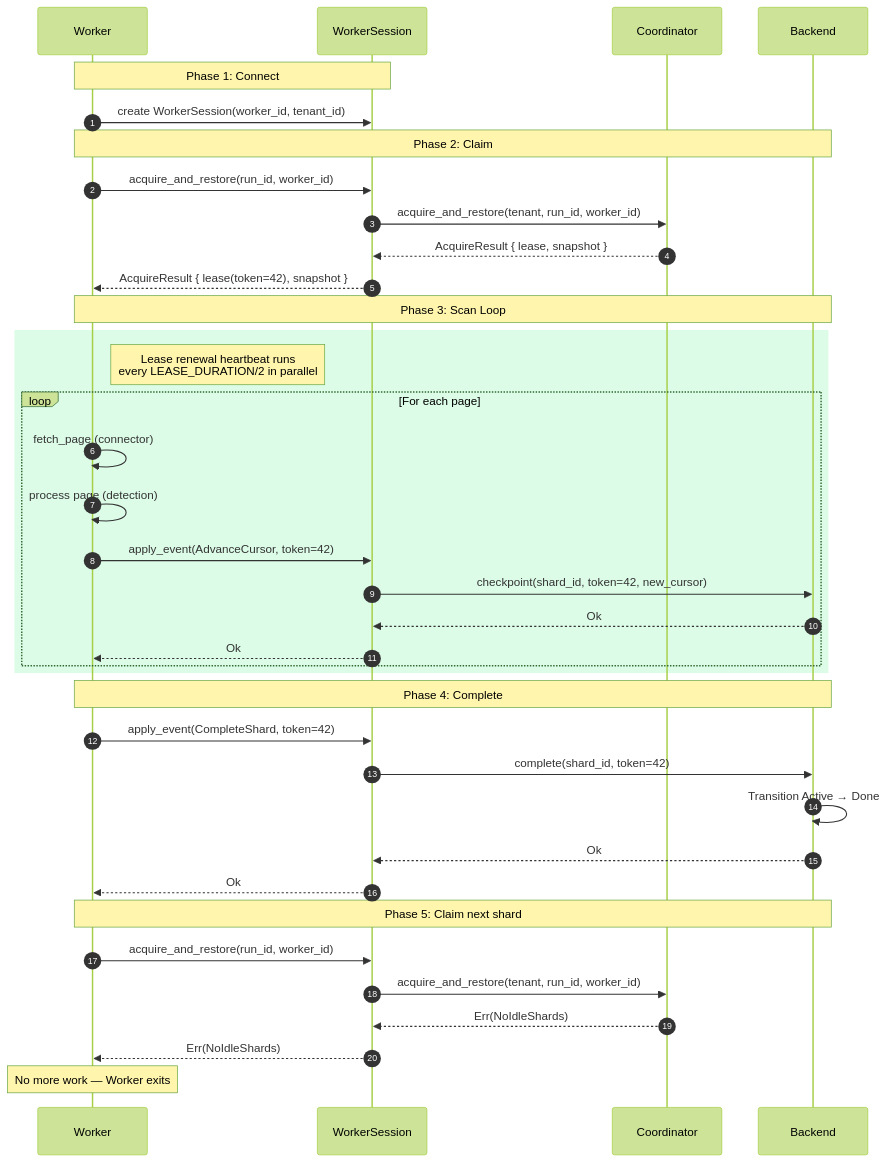
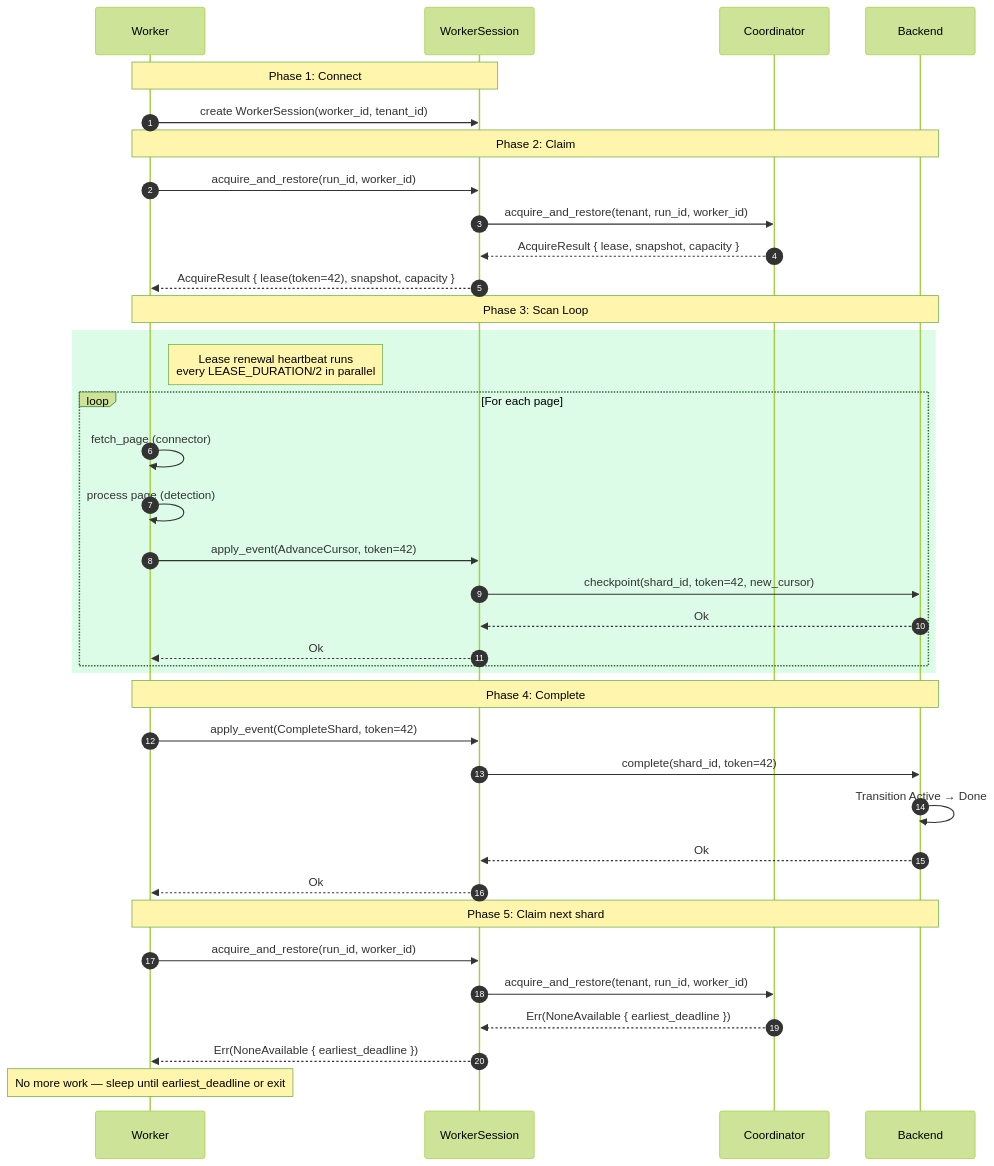
The fourth of 5 diagrams in diagrams/07-lease-lifecycle.md (ahrav/Gossip-rs), drawn with Mermaid (forest theme) before and after one commit. The commit also changed other lines of this file, not shown here.

````diff
--- a/diagrams/07-lease-lifecycle.md
+++ b/diagrams/07-lease-lifecycle.md
@@ -203,48 +210,48 @@
 ```mermaid
 %% Diagram: full-worker-session-lifecycle
 sequenceDiagram
     autonumber
     participant W as Worker
     participant WS as WorkerSession
     participant CO as Coordinator
     participant BE as Backend
 
     Note over W,WS: Phase 1: Connect
     W->>WS: create WorkerSession(worker_id, tenant_id)
 
     Note over W,BE: Phase 2: Claim
     W->>WS: acquire_and_restore(run_id, worker_id)
     WS->>CO: acquire_and_restore(tenant, run_id, worker_id)
-    CO-->>WS: AcquireResult { lease, snapshot }
-    WS-->>W: AcquireResult { lease(token=42), snapshot }
+    CO-->>WS: AcquireResult { lease, snapshot, capacity }
+    WS-->>W: AcquireResult { lease(token=42), snapshot, capacity }
 
     Note over W,BE: Phase 3: Scan Loop
 
     rect rgb(220, 252, 231)
         Note right of W: Lease renewal heartbeat runs<br/>every LEASE_DURATION/2 in parallel
 
         loop For each page
             W->>W: fetch_page (connector)
             W->>W: process page (detection)
             W->>WS: apply_event(AdvanceCursor, token=42)
             WS->>BE: checkpoint(shard_id, token=42, new_cursor)
             BE-->>WS: Ok
             WS-->>W: Ok
         end
     end
 
     Note over W,BE: Phase 4: Complete
     W->>WS: apply_event(CompleteShard, token=42)
     WS->>BE: complete(shard_id, token=42)
     BE->>BE: Transition Active → Done
     BE-->>WS: Ok
     WS-->>W: Ok
 
     Note over W,BE: Phase 5: Claim next shard
     W->>WS: acquire_and_restore(run_id, worker_id)
     WS->>CO: acquire_and_restore(tenant, run_id, worker_id)
-    CO-->>WS: Err(NoIdleShards)
-    WS-->>W: Err(NoIdleShards)
+    CO-->>WS: Err(NoneAvailable { earliest_deadline })
+    WS-->>W: Err(NoneAvailable { earliest_deadline })
 
-    Note over W: No more work — Worker exits
+    Note over W: No more work — sleep until earliest_deadline or exit
 ```
````
